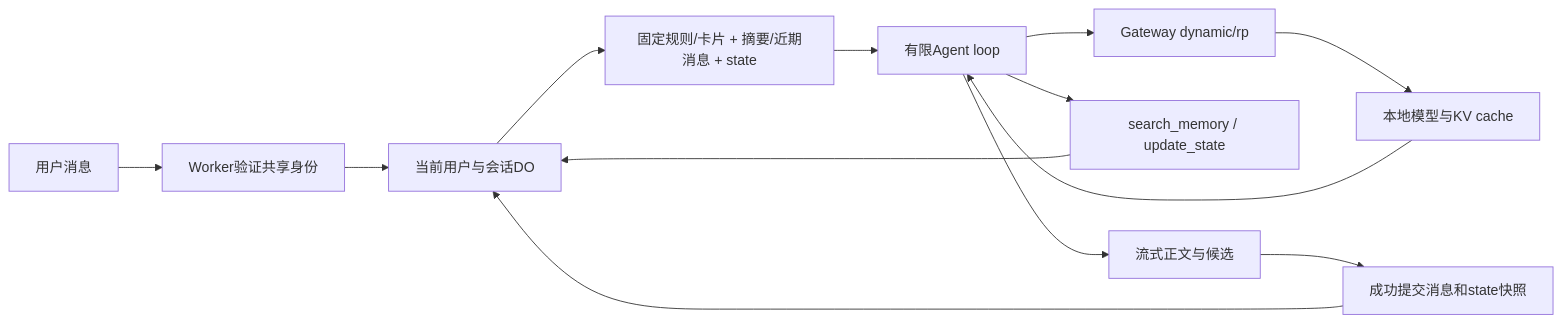
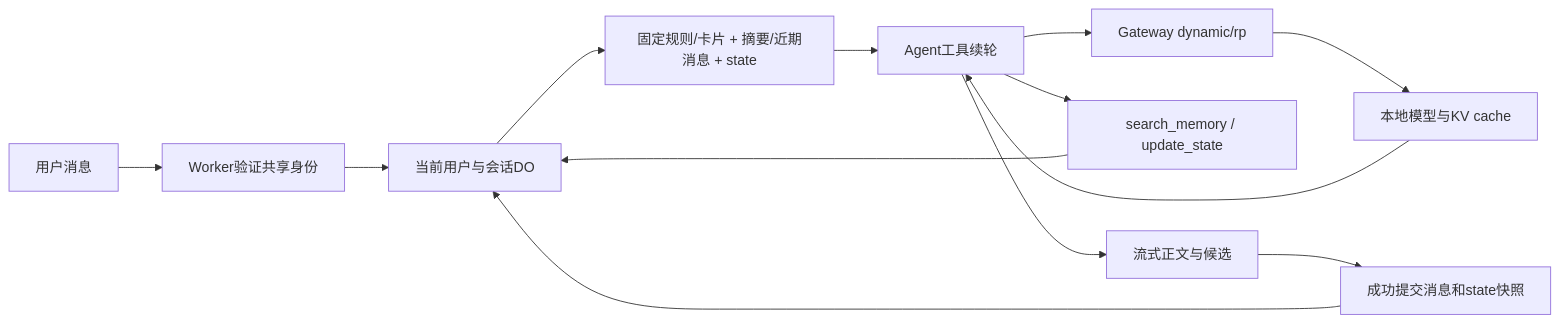
The diagram in docs/TAVERN-AGENT-PLAN.md (hasbai/financial), drawn with Mermaid before and after one commit. The commit also changed other lines of this file and 27 other files, not shown here.

````diff
--- a/docs/TAVERN-AGENT-PLAN.md
+++ b/docs/TAVERN-AGENT-PLAN.md
@@ -50,15 +50,15 @@
 ```mermaid
 flowchart LR
   U[用户消息] --> W[Worker验证共享身份]
   W --> S[当前用户与会话DO]
   S --> P[固定规则/卡片 + 摘要/近期消息 + state]
-  P --> L[有限Agent loop]
+  P --> L[Agent工具续轮]
   L --> G[Gateway dynamic/rp]
   G --> M[本地模型与KV cache]
   M --> L
   L --> T[search_memory / update_state]
   T --> S
   L --> R[流式正文与候选]
   R --> C[成功提交消息和state快照]
   C --> S
 ```
````
